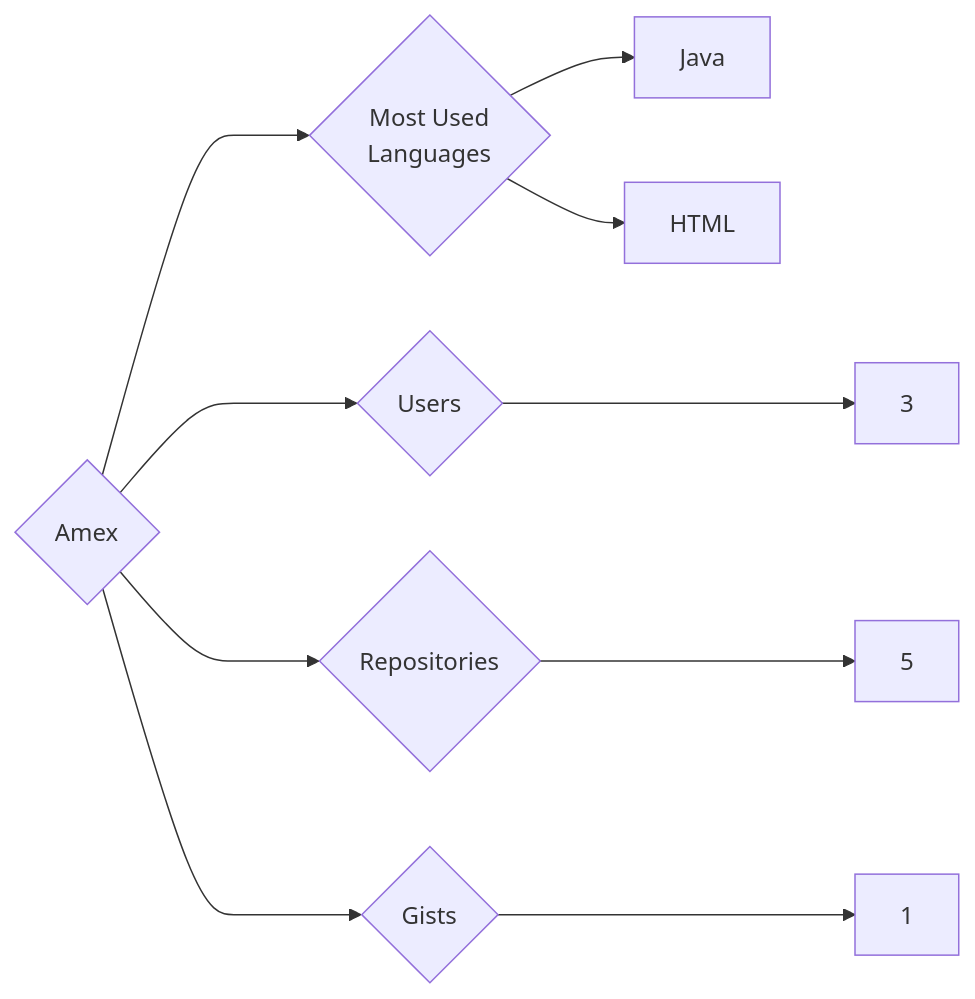
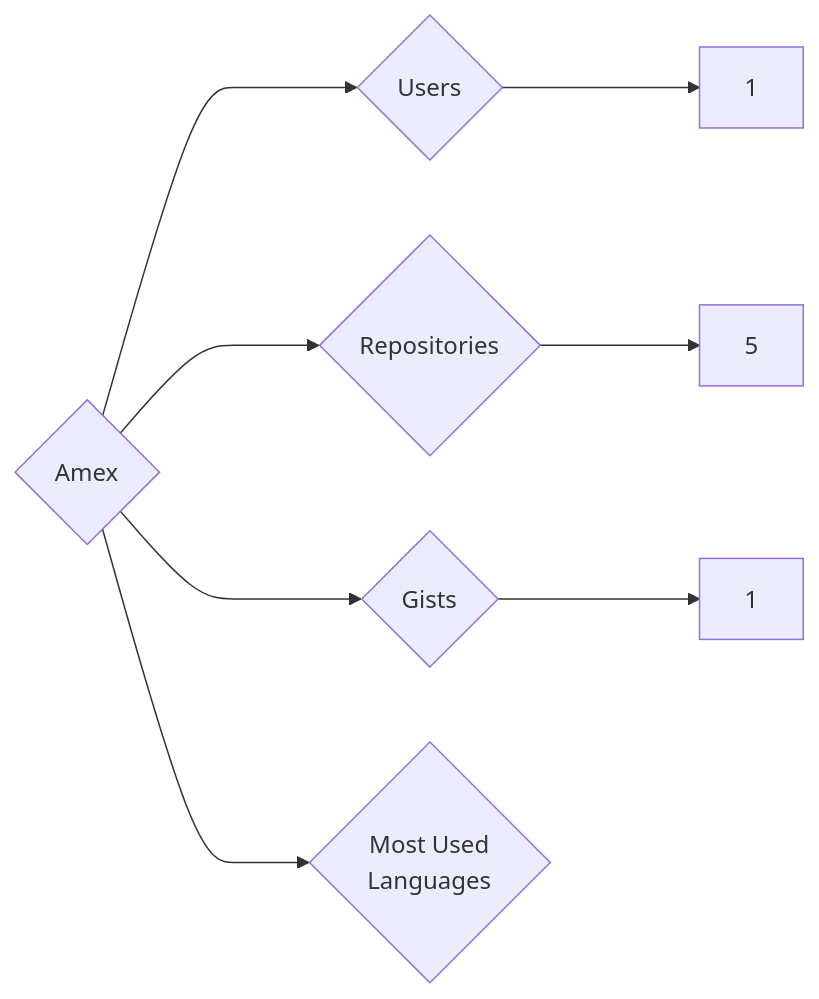
The diagram in targets/Amex/README.md (trickest/insiders), drawn with Mermaid before and after one commit. The commit also changed 895 other files, not shown here.

````diff
--- a/targets/Amex/README.md
+++ b/targets/Amex/README.md
@@ -3,10 +3,8 @@
 ```mermaid
 graph LR
 COMPANY_NAME{Amex}
-COMPANY_NAME ---> U{Users} ---> UN[3]
+COMPANY_NAME ---> U{Users} ---> UN[1]
 COMPANY_NAME ---> R{Repositories} ---> RN[5]
 COMPANY_NAME ---> G{Gists} ---> GN[1]
 COMPANY_NAME ---> ML{Most Used<br>Languages}
-ML --> Java[Java]
-ML --> HTML[HTML]
 ```
````
